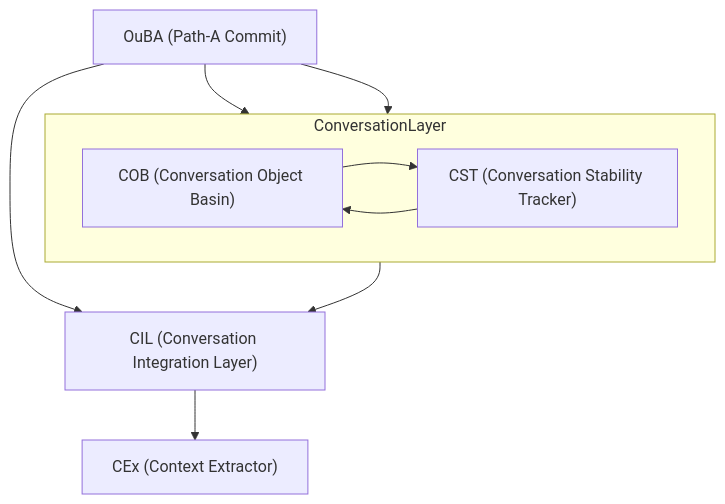
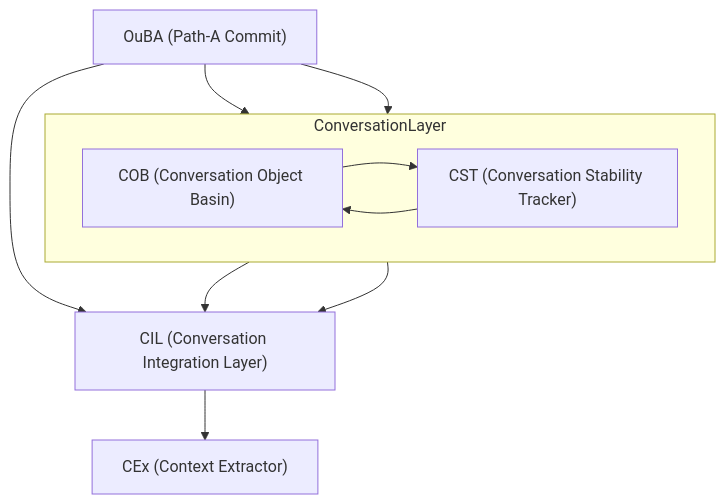
The diagram in thought_simulator/20_requirements/20.705_patha_pathb_flow.md (CuriousOne23/WhenMathPrays), drawn with Mermaid before and after one commit.

````diff
--- a/thought_simulator/20_requirements/20.705_patha_pathb_flow.md
+++ b/thought_simulator/20_requirements/20.705_patha_pathb_flow.md
@@ -229,32 +229,33 @@
 ```mermaid
 flowchart TD
 
     %% Core A→B boundary
     OuBA["OuBA (Path‑A Commit)"]
 
     %% Conversation-layer objects (parallel row)
     subgraph ConversationLayer
         direction LR
         COB["COB (Conversation Object Basin)"]
         CST["CST (Conversation Stability Tracker)"]
     end
 
     %% Intake-side identity integration
     CIL["CIL (Conversation Integration Layer)"]
 
     %% Downstream semantic intake
     CEx["CEx (Context Extractor)"]
 
     %% Flows
 
     OuBA --> COB
     OuBA --> CST
     OuBA --> CIL
 
     COB --> CST
     CST --> COB
 
+    CST --> CIL
     COB --> CIL
 
     CIL --> CEx
 ```
````
